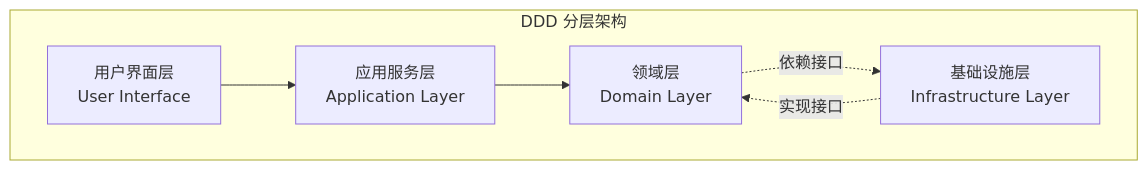
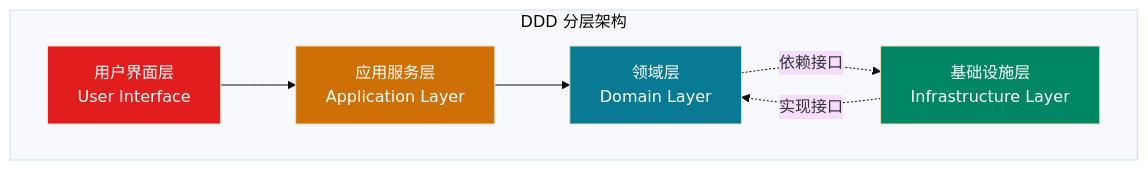
One commit to microwind/design-patterns changed the second of 12 diagrams in domain-driven-design/一文搞懂DDD领域驱动设计.md. Above: the diagram before and after it, drawn with Mermaid. The commit also changed other lines of this file, not shown here.

````diff
--- a/domain-driven-design/一文搞懂DDD领域驱动设计.md
+++ b/domain-driven-design/一文搞懂DDD领域驱动设计.md
@@ -43,14 +49,20 @@
 ```mermaid
+%%{init: {'theme': 'base', 'themeVariables': { 'sectionBkgColor': '#f1f1f1', 'altSectionBkgColor': '#f1f1f1', 'gridColor': '#e9ecef'}}}%%
 flowchart TB
     subgraph DDD["DDD 分层架构"]
         UI[用户界面层<br/>User Interface]
         App[应用服务层<br/>Application Layer]
         Domain[领域层<br/>Domain Layer]
         Infra[基础设施层<br/>Infrastructure Layer]
     end
     
     UI --> App
     App --> Domain
     Domain -.依赖接口.-> Infra
     Infra -.实现接口.-> Domain
+    
+    style UI fill:#E11D1D,color:#ffffff
+    style App fill:#CE7005,color:#FFFFFF
+    style Domain fill:#097A93,color:#ffffff
+    style Infra fill:#018663,color:#ffffff
 ```
````
